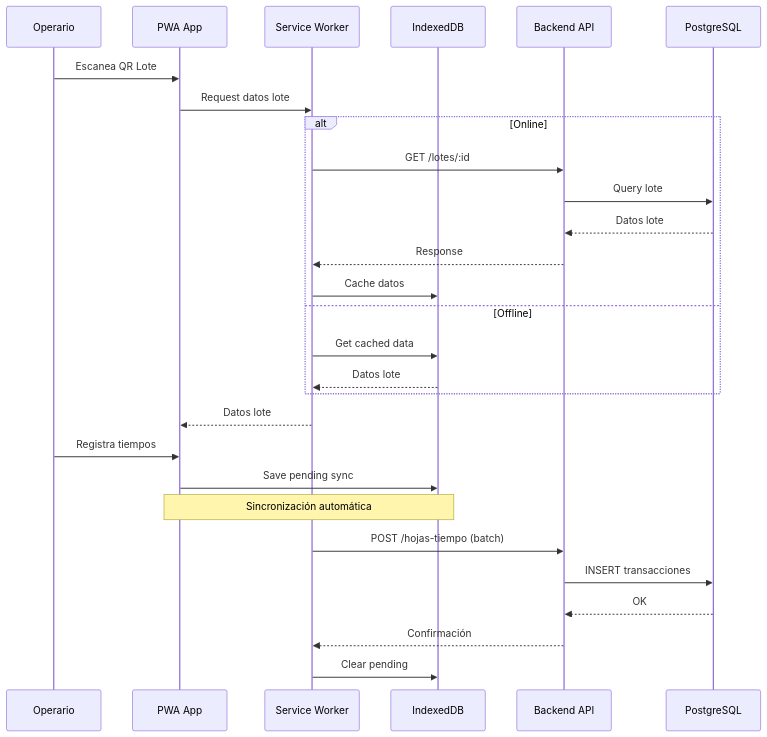
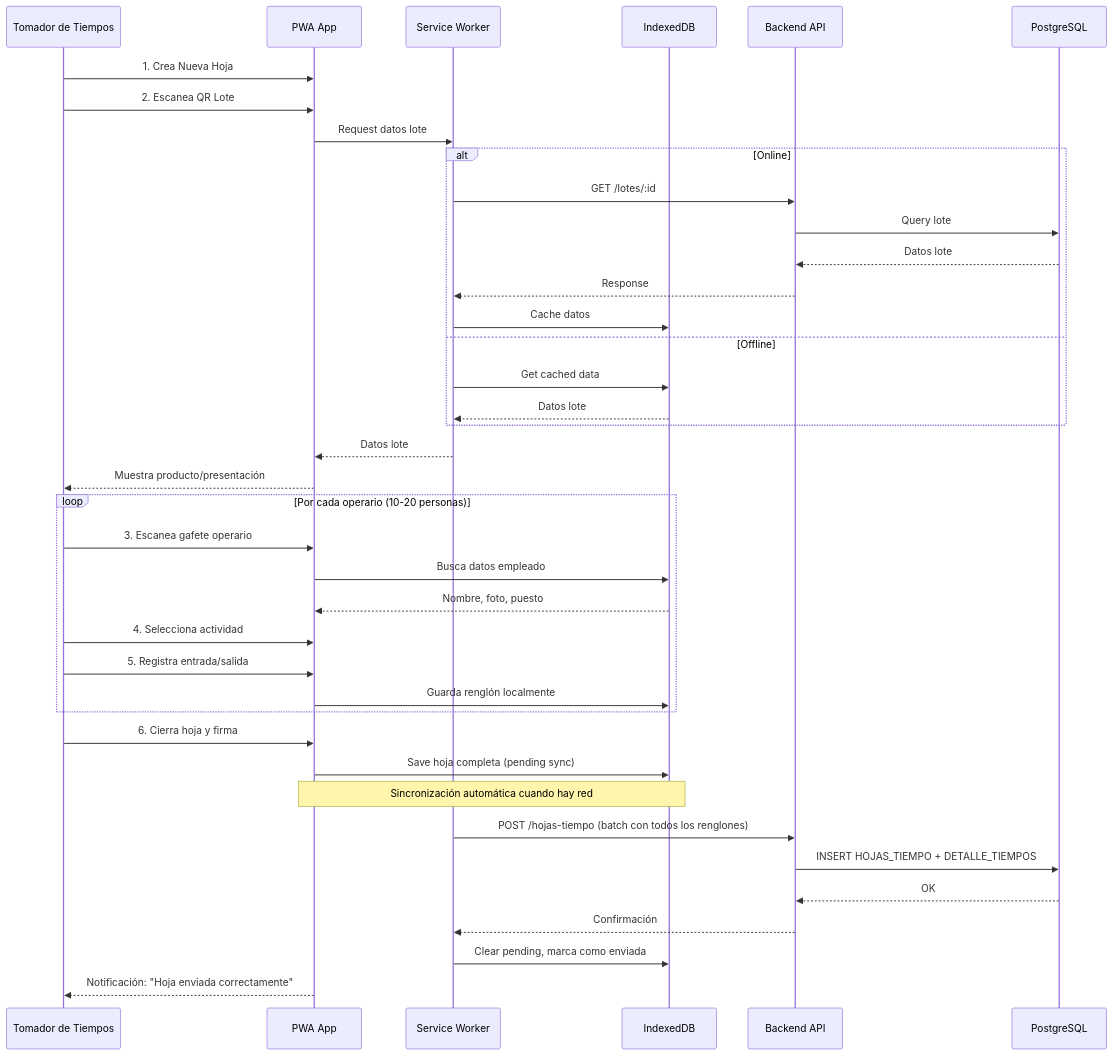
Before and after one commit to josemontero-agv/Pharmadix_Form_Horas_Extras: the second of 2 diagrams in .cursor/plans/stack_tecnológico_app_web_f7641e8d.plan.md, drawn with Mermaid. The commit also changed other lines of this file and 114 other files, not shown here.

````diff
--- a/.cursor/plans/stack_tecnológico_app_web_f7641e8d.plan.md
+++ b/.cursor/plans/stack_tecnológico_app_web_f7641e8d.plan.md
@@ -123,34 +127,47 @@
 ```mermaid
 sequenceDiagram
-    participant O as Operario
+    participant TT as Tomador de Tiempos
     participant PWA as PWA App
     participant SW as Service Worker
     participant IDB as IndexedDB
     participant API as Backend API
     participant DB as PostgreSQL
     
-    O->>PWA: Escanea QR Lote
+    TT->>PWA: 1. Crea Nueva Hoja
+    TT->>PWA: 2. Escanea QR Lote
     PWA->>SW: Request datos lote
     
     alt Online
         SW->>API: GET /lotes/:id
         API->>DB: Query lote
         DB-->>API: Datos lote
         API-->>SW: Response
         SW->>IDB: Cache datos
     else Offline
         SW->>IDB: Get cached data
         IDB-->>SW: Datos lote
     end
     
     SW-->>PWA: Datos lote
-    O->>PWA: Registra tiempos
-    PWA->>IDB: Save pending sync
+    PWA-->>TT: Muestra producto/presentación
     
-    Note over PWA,IDB: Sincronización automática
-    SW->>API: POST /hojas-tiempo (batch)
-    API->>DB: INSERT transacciones
+    loop Por cada operario (10-20 personas)
+        TT->>PWA: 3. Escanea gafete operario
+        PWA->>IDB: Busca datos empleado
+        IDB-->>PWA: Nombre, foto, puesto
+        TT->>PWA: 4. Selecciona actividad
+        TT->>PWA: 5. Registra entrada/salida
+        PWA->>IDB: Guarda renglón localmente
+    end
+    
+    TT->>PWA: 6. Cierra hoja y firma
+    PWA->>IDB: Save hoja completa (pending sync)
+    
+    Note over PWA,IDB: Sincronización automática cuando hay red
+    SW->>API: POST /hojas-tiempo (batch con todos los renglones)
+    API->>DB: INSERT HOJAS_TIEMPO + DETALLE_TIEMPOS
     DB-->>API: OK
     API-->>SW: Confirmación
-    SW->>IDB: Clear pending
+    SW->>IDB: Clear pending, marca como enviada
+    PWA-->>TT: Notificación: "Hoja enviada correctamente"
 ```
````
